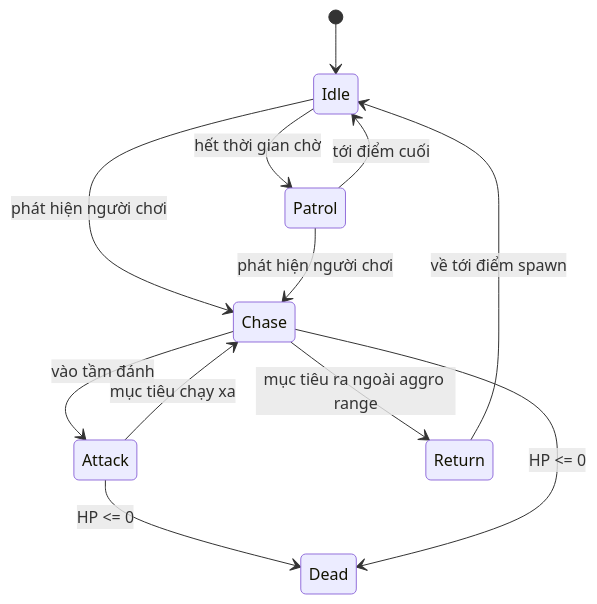
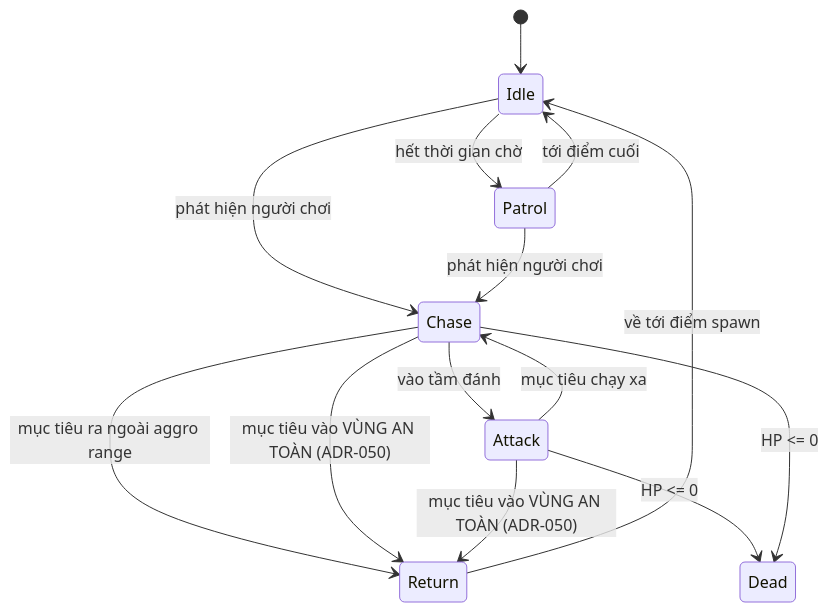
One commit to ta-min-hieu/shinobi-engine changed the diagram in docs/03-engine/AI.md. Above: the diagram before and after it, drawn with Mermaid. The commit also changed other lines of this file and 27 other files, not shown here.

````diff
--- a/docs/03-engine/AI.md
+++ b/docs/03-engine/AI.md
@@ -44,14 +44,16 @@
 ```mermaid
 stateDiagram-v2
     [*] --> Idle
     Idle --> Patrol: hết thời gian chờ
     Patrol --> Idle: tới điểm cuối
     Idle --> Chase: phát hiện người chơi
     Patrol --> Chase: phát hiện người chơi
     Chase --> Attack: vào tầm đánh
     Attack --> Chase: mục tiêu chạy xa
     Chase --> Return: mục tiêu ra ngoài aggro range
+    Chase --> Return: mục tiêu vào VÙNG AN TOÀN (ADR-050)
+    Attack --> Return: mục tiêu vào VÙNG AN TOÀN (ADR-050)
     Return --> Idle: về tới điểm spawn
     Attack --> Dead: HP <= 0
     Chase --> Dead: HP <= 0
 ```
````
